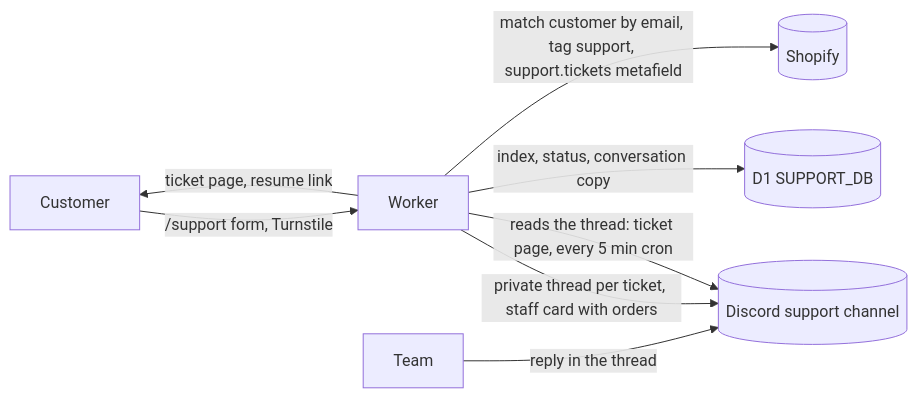
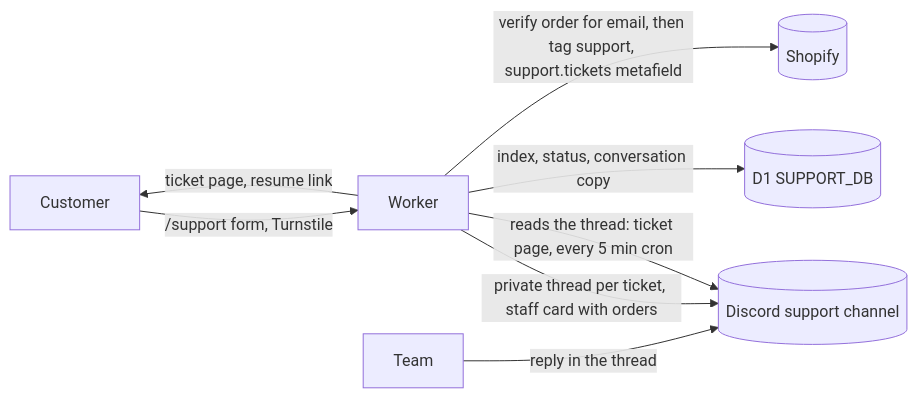
The second of 3 diagrams in README.md (OpenDrone-hw/OpenDrone-Web), drawn with Mermaid before and after one commit. The commit also changed other lines of this file and 36 other files, not shown here.

````diff
--- a/README.md
+++ b/README.md
@@ -257,10 +257,10 @@
 ```mermaid
 flowchart LR
   C[Customer] -->|/support form, Turnstile| W[Worker]
   W -->|private thread per ticket, staff card with orders| D[(Discord support channel)]
   T[Team] -->|reply in the thread| D
   W -->|reads the thread: ticket page, every 5 min cron| D
   W -->|index, status, conversation copy| DB[(D1 SUPPORT_DB)]
-  W -->|match customer by email, tag support, support.tickets metafield| S[(Shopify)]
+  W -->|verify order for email, then tag support, support.tickets metafield| S[(Shopify)]
   W -->|ticket page, resume link| C
 ```
````
